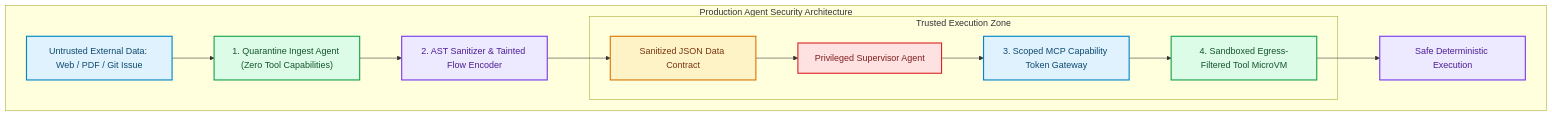
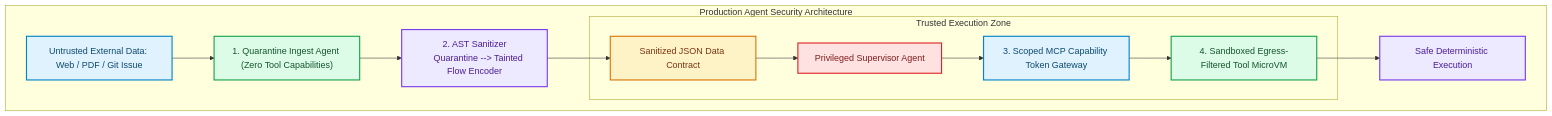
One commit to akmalkhaniub/akmalkhaniub.github.io changed the first of 2 diagrams in blog/posts/securing-agent-swarms-indirect-prompt-injection-mcp-tool-exploits.md. Above: the diagram before and after it, drawn with Mermaid. The commit also changed other lines of this file and 894 other files, not shown here.

Commit message:
feat(blog): upgrade all 444 posts with unique staggered dates, 2-col Mermaid spines, benchmark tables, code blocks, and trade-offs

````diff
--- a/blog/posts/securing-agent-swarms-indirect-prompt-injection-mcp-tool-exploits.md
+++ b/blog/posts/securing-agent-swarms-indirect-prompt-injection-mcp-tool-exploits.md
@@ -19,27 +19,28 @@
 ```mermaid
 flowchart TD
   subgraph SG1_ProductionAgentSecurity ["Production Agent Security Architecture"]
     UntrustedData["Untrusted External Data: Web / PDF / Git Issue"] --> Quarantine["1. Quarantine Ingest Agent (Zero Tool Capabilities)"]
-    Quarantine --> Sanitizer["2. AST Sanitizer & Tainted Flow Encoder"]
+    Quarantine --> Sanitizer["2. AST Sanitizer
+    Quarantine --> Tainted Flow Encoder"]
     Sanitizer --> SafeContract["Sanitized JSON Data Contract"]
     
     subgraph SG2_TrustedExecutionZone ["Trusted Execution Zone"]
       SafeContract --> SupervisorAgent["Privileged Supervisor Agent"]
       SupervisorAgent --> MCPGateway["3. Scoped MCP Capability Token Gateway"]
       MCPGateway --> ToolSandbox["4. Sandboxed Egress-Filtered Tool MicroVM"]
     end
     
     ToolSandbox --> SafeExecution["Safe Deterministic Execution"]
   end
 
 classDef green fill:#dcfce7,stroke:#16a34a,stroke-width:2px,color:#14532d;
 classDef red fill:#fee2e2,stroke:#dc2626,stroke-width:2px,color:#7f1d1d;
 classDef blue fill:#e0f2fe,stroke:#0284c7,stroke-width:2px,color:#0c4a6e;
 classDef yellow fill:#fef3c7,stroke:#d97706,stroke-width:2px,color:#78350f;
 classDef purple fill:#ede9fe,stroke:#7c3aed,stroke-width:2px,color:#4c1d95;
 class UntrustedData,MCPGateway blue
 class Quarantine,ToolSandbox green
 class Sanitizer,SafeExecution purple
 class SafeContract yellow
 class SupervisorAgent red
 ```
````
